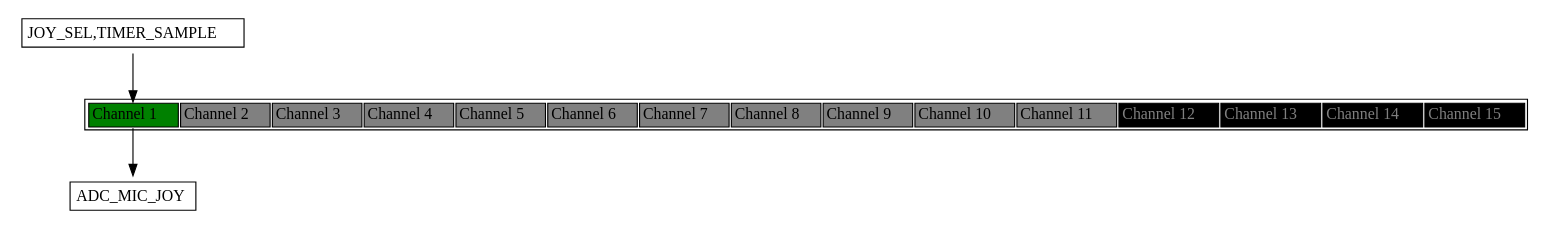
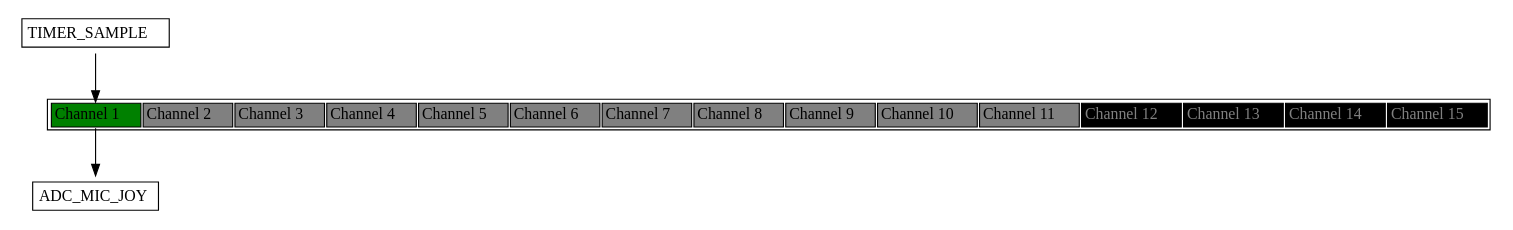
Before and after one commit to obsfeil/Motion_Music_Studio: the diagram in Debug/Event.dot, drawn with Graphviz. The commit also changed 69 other files, not shown here.

```diff
--- a/Debug/Event.dot
+++ b/Debug/Event.dot
@@ -1,47 +1,47 @@
 
 
 digraph H {
 
   parent [
    shape=plaintext
    label=<
      <table border='1' cellborder='1'>
        <tr>
             <td bgcolor="green" port='chan_1'>Channel 1</td>
             <td bgcolor="grey" port='chan_2'>Channel 2</td>
             <td bgcolor="grey" port='chan_3'>Channel 3</td>
             <td bgcolor="grey" port='chan_4'>Channel 4</td>
             <td bgcolor="grey" port='chan_5'>Channel 5</td>
             <td bgcolor="grey" port='chan_6'>Channel 6</td>
             <td bgcolor="grey" port='chan_7'>Channel 7</td>
             <td bgcolor="grey" port='chan_8'>Channel 8</td>
             <td bgcolor="grey" port='chan_9'>Channel 9</td>
             <td bgcolor="grey" port='chan_10'>Channel 10</td>
             <td bgcolor="grey" port='chan_11'>Channel 11</td>
             <td bgcolor="black" port='chan_12'><font color="grey">Channel 12</font></td>
             <td bgcolor="black" port='chan_13'><font color="grey">Channel 13</font></td>
             <td bgcolor="black" port='chan_14'><font color="grey">Channel 14</font></td>
             <td bgcolor="black" port='chan_15'><font color="grey">Channel 15</font></td>
          </tr>
      </table>
   >];
 
 pub_chan_1 [
     shape=plaintext
     label=<
     <table border='1'  cellborder='0'>
-      <tr><td>JOY_SEL,TIMER_SAMPLE</td></tr>
+      <tr><td>TIMER_SAMPLE</td></tr>
     </table>
     >];
 pub_chan_1 -> parent: chan_1;
 
 sub_chan_1_0 [
   shape=plaintext
   label=<
     <table border='1'  cellborder='0'>
       <tr><td>ADC_MIC_JOY</td></tr>
     </table>
   >];
 parent: chan_1 -> sub_chan_1_0;
 
 }
```
